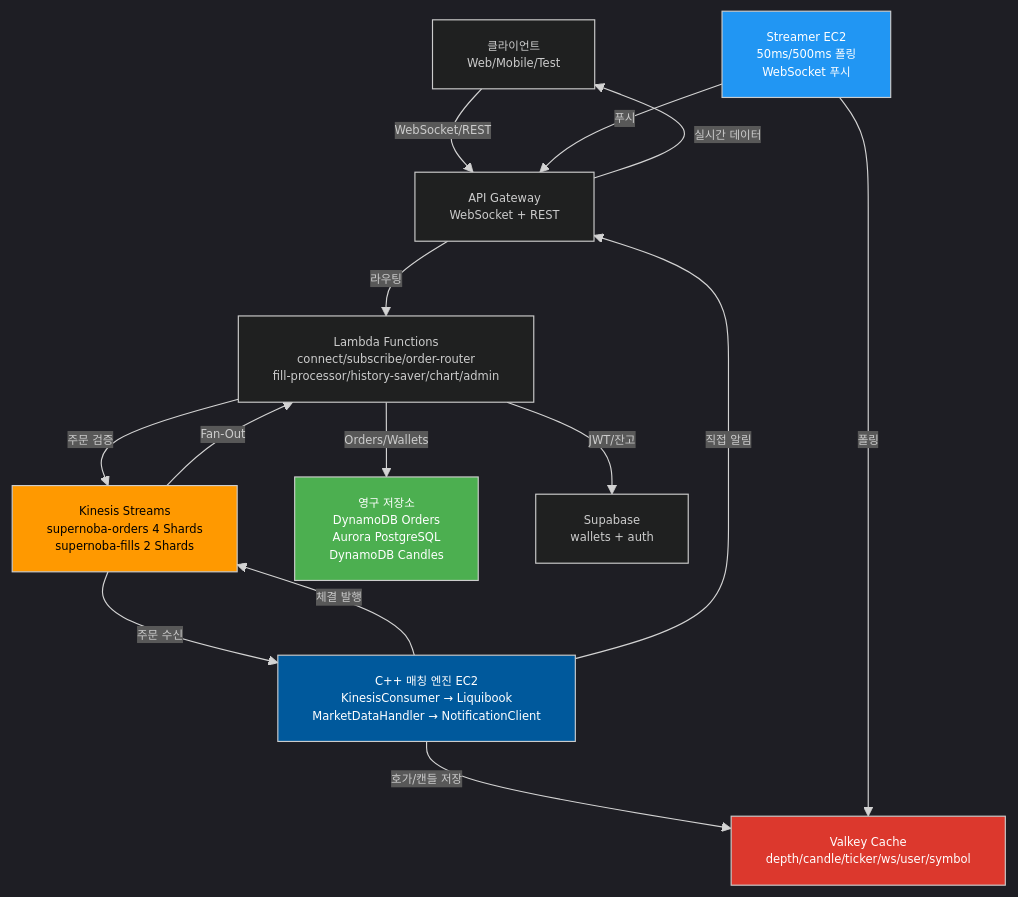
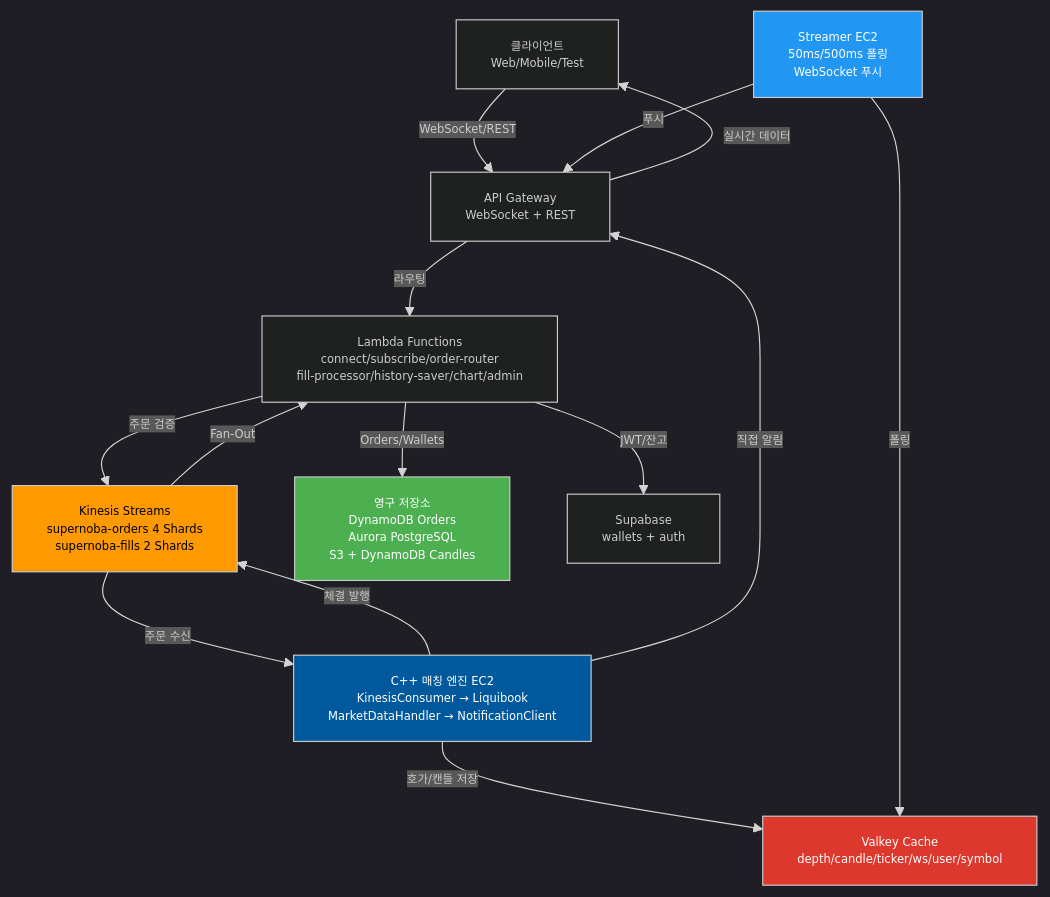
One commit to Ustock-Organization/Supeprnoba-Core changed the first of 7 diagrams in AWS_ARCHITECTURE.md. Above: the diagram before and after it, drawn with Mermaid. The commit also changed other lines of this file and 22 other files, not shown here.

````diff
--- a/AWS_ARCHITECTURE.md
+++ b/AWS_ARCHITECTURE.md
@@ -10,41 +10,41 @@
 ```mermaid
 %%{init: {'theme': 'dark', 'themeVariables': { 'fontSize': '10px' }}}%%
 flowchart TD
     Client[클라이언트<br/>Web/Mobile/Test]
     
     Gateway[API Gateway<br/>WebSocket + REST]
     
     Lambda[Lambda Functions<br/>connect/subscribe/order-router<br/>fill-processor/history-saver/chart/admin]
     
     Kinesis[Kinesis Streams<br/>supernoba-orders 4 Shards<br/>supernoba-fills 2 Shards]
     
     Engine[C++ 매칭 엔진 EC2<br/>KinesisConsumer → Liquibook<br/>MarketDataHandler → NotificationClient]
     
     Valkey[Valkey Cache<br/>depth/candle/ticker/ws/user/symbol]
     
     Streamer[Streamer EC2<br/>50ms/500ms 폴링<br/>WebSocket 푸시]
     
-    Storage[영구 저장소<br/>DynamoDB Orders<br/>Aurora PostgreSQL<br/>DynamoDB Candles]
+    Storage[영구 저장소<br/>DynamoDB Orders<br/>Aurora PostgreSQL<br/>S3 + DynamoDB Candles]
     
     Supabase[Supabase<br/>wallets + auth]
     
     Client -->|WebSocket/REST| Gateway
     Gateway -->|라우팅| Lambda
     Lambda -->|주문 검증| Kinesis
     Kinesis -->|주문 수신| Engine
     Engine -->|호가/캔들 저장| Valkey
     Engine -->|체결 발행| Kinesis
     Engine -->|직접 알림| Gateway
     Kinesis -->|Fan-Out| Lambda
     Lambda -->|Orders/Wallets| Storage
     Lambda -->|JWT/잔고| Supabase
     Streamer -->|폴링| Valkey
     Streamer -->|푸시| Gateway
     Gateway -->|실시간 데이터| Client
     
     style Valkey fill:#DC382D,color:#fff
     style Engine fill:#00599C,color:#fff
     style Streamer fill:#2196F3,color:#fff
     style Kinesis fill:#FF9900,color:#000
     style Storage fill:#4CAF50,color:#fff
 ```
````
